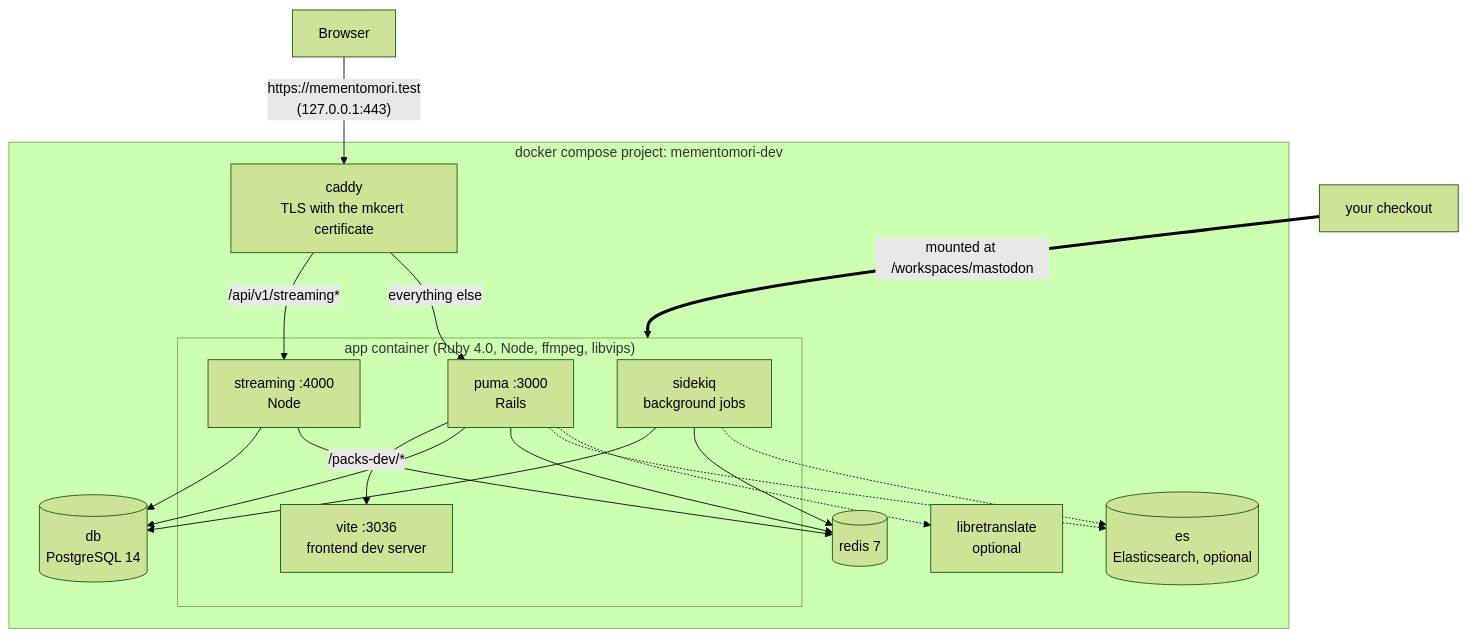
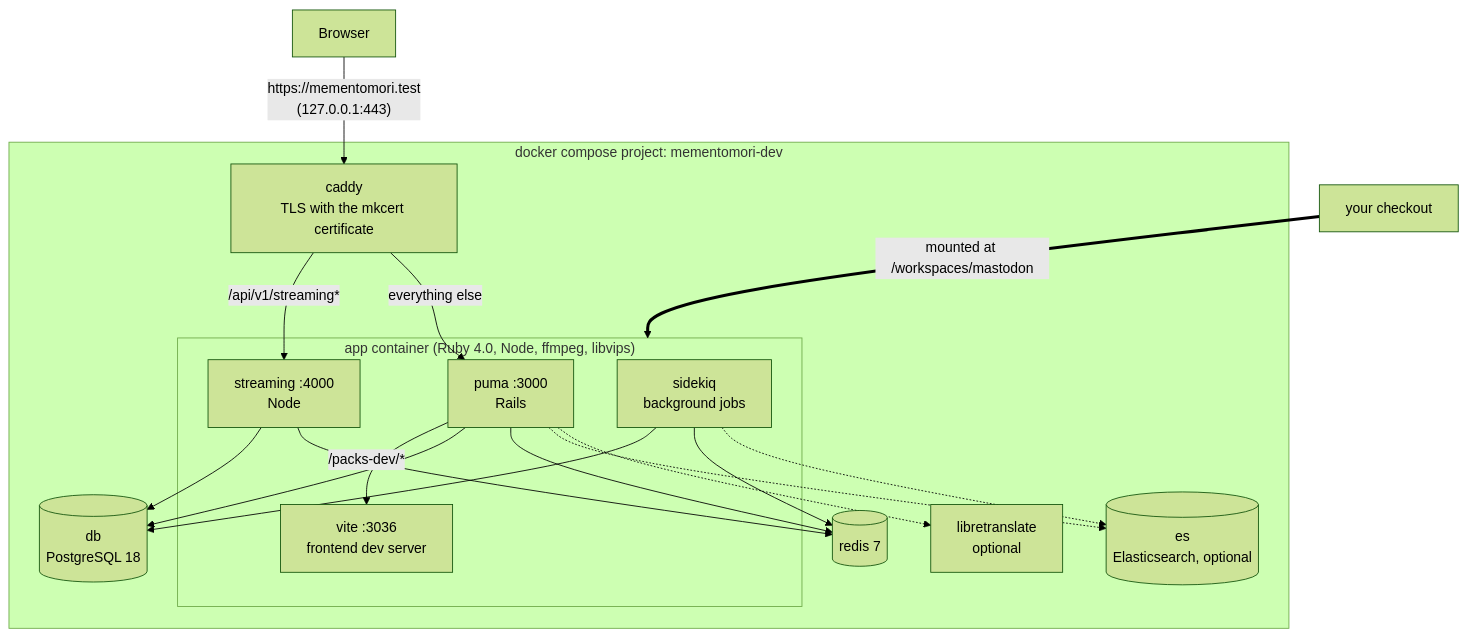
One commit to mementomori-social/mastodon changed the second of 4 diagrams in dev/README.md. Above: the diagram before and after it, drawn with Mermaid (forest theme). The commit also changed other lines of this file and 5 other files, not shown here.

````diff
--- a/dev/README.md
+++ b/dev/README.md
@@ -32,29 +33,29 @@
 ```mermaid
 flowchart TB
   browser["Browser"] -- "https://mementomori.test<br/>(127.0.0.1:443)" --> caddy
 
   subgraph docker["docker compose project: mementomori-dev"]
     caddy["caddy<br/>TLS with the mkcert certificate"]
 
     subgraph app["app container (Ruby 4.0, Node, ffmpeg, libvips)"]
       web["puma :3000<br/>Rails"]
       stream["streaming :4000<br/>Node"]
       sidekiq["sidekiq<br/>background jobs"]
       vite["vite :3036<br/>frontend dev server"]
     end
 
-    db[("db<br/>PostgreSQL 14")]
+    db[("db<br/>PostgreSQL 18")]
     redis[("redis 7")]
     es[("es<br/>Elasticsearch, optional")]
     lt["libretranslate<br/>optional"]
   end
 
   caddy -- "/api/v1/streaming*" --> stream
   caddy -- "everything else" --> web
   web -- "/packs-dev/*" --> vite
   web & sidekiq & stream --> db
   web & sidekiq & stream --> redis
   web & sidekiq -.-> es
   web -.-> lt
   checkout["your checkout"] == "mounted at /workspaces/mastodon" ==> app
 ```
````
